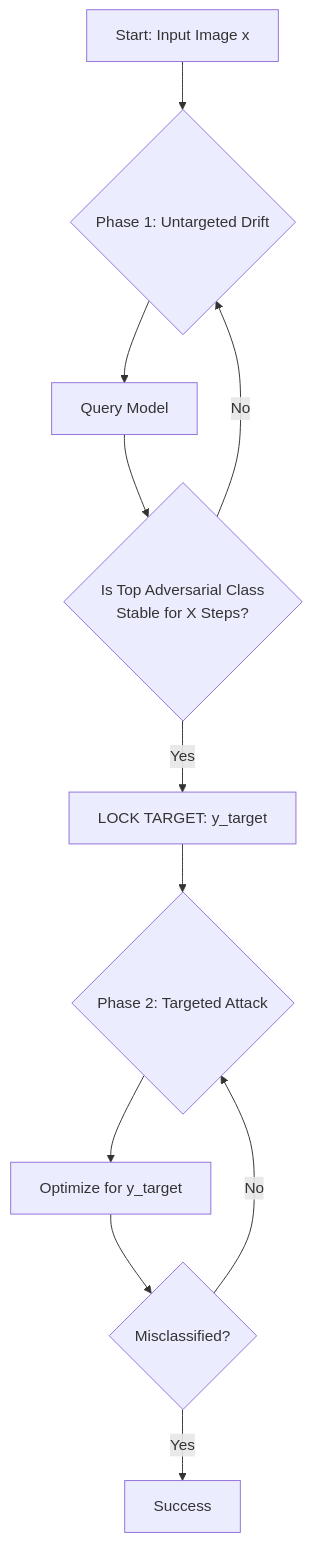
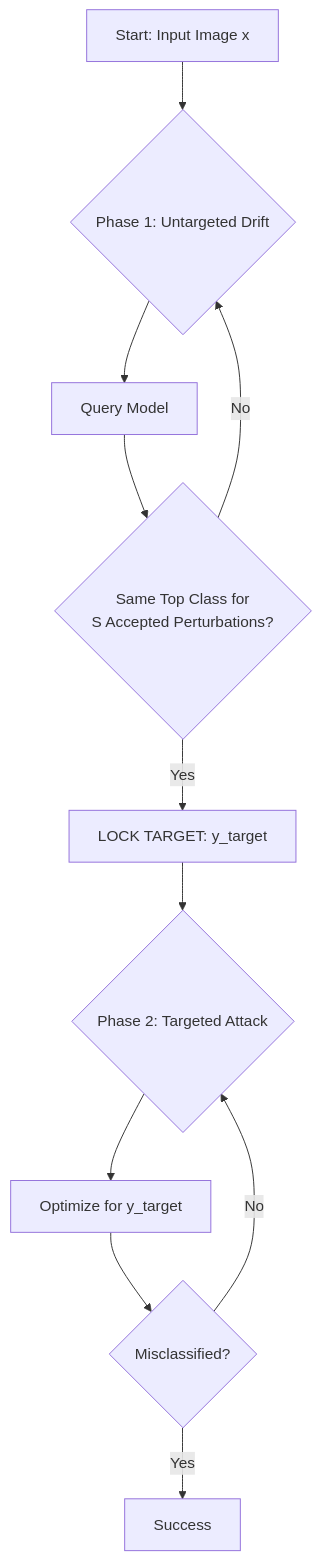
Before and after one commit to FlorentTariolle/Opportunistic-Adversarial-Attacks: the diagram in README.md, drawn with Mermaid. The commit also changed other lines of this file and 2 other files, not shown here.

````diff
--- a/README.md
+++ b/README.md
@@ -32,13 +32,13 @@
 ```mermaid
 graph TD
     A[Start: Input Image x] --> B{Phase 1: Untargeted Drift}
     B --> C[Query Model]
-    C --> D{Is Top Adversarial Class <br>Stable for X Steps?}
+    C --> D{Same Top Class for<br>S Accepted Perturbations?}
     D -- No --> B
     D -- Yes --> E[LOCK TARGET: y_target]
     E --> F{Phase 2: Targeted Attack}
     F --> G[Optimize for y_target]
     G --> H{Misclassified?}
     H -- No --> F
     H -- Yes --> I[Success]
 ```
````
